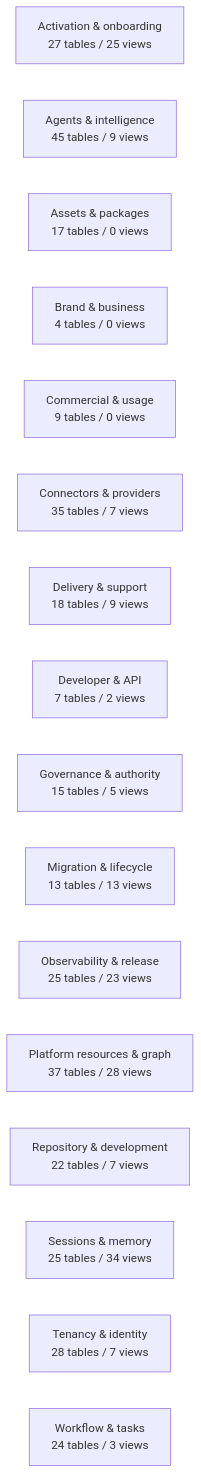
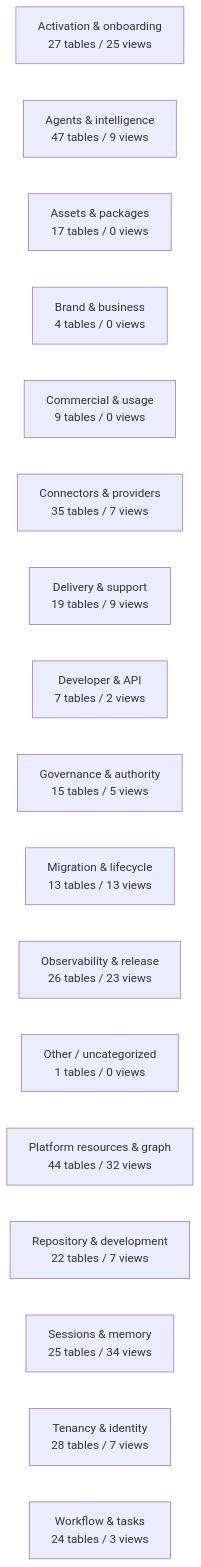
Before and after one commit to mad4bdigital-ai/multi-business-multi-role-growth-intelligence-os: the diagram in docs/work-maps/data-model-domain-map.md, drawn with Mermaid. The commit also changed other lines of this file and 20 other files, not shown here.

````diff
--- a/docs/work-maps/data-model-domain-map.md
+++ b/docs/work-maps/data-model-domain-map.md
@@ -9,19 +9,20 @@
 ```mermaid
 flowchart LR
   n_Activation___onboarding["Activation & onboarding<br/>27 tables / 25 views"]
-  n_Agents___intelligence["Agents & intelligence<br/>45 tables / 9 views"]
+  n_Agents___intelligence["Agents & intelligence<br/>47 tables / 9 views"]
   n_Assets___packages["Assets & packages<br/>17 tables / 0 views"]
   n_Brand___business["Brand & business<br/>4 tables / 0 views"]
   n_Commercial___usage["Commercial & usage<br/>9 tables / 0 views"]
   n_Connectors___providers["Connectors & providers<br/>35 tables / 7 views"]
-  n_Delivery___support["Delivery & support<br/>18 tables / 9 views"]
+  n_Delivery___support["Delivery & support<br/>19 tables / 9 views"]
   n_Developer___API["Developer & API<br/>7 tables / 2 views"]
   n_Governance___authority["Governance & authority<br/>15 tables / 5 views"]
   n_Migration___lifecycle["Migration & lifecycle<br/>13 tables / 13 views"]
-  n_Observability___release["Observability & release<br/>25 tables / 23 views"]
-  n_Platform_resources___graph["Platform resources & graph<br/>37 tables / 28 views"]
+  n_Observability___release["Observability & release<br/>26 tables / 23 views"]
+  n_Other___uncategorized["Other / uncategorized<br/>1 tables / 0 views"]
+  n_Platform_resources___graph["Platform resources & graph<br/>44 tables / 32 views"]
   n_Repository___development["Repository & development<br/>22 tables / 7 views"]
   n_Sessions___memory["Sessions & memory<br/>25 tables / 34 views"]
   n_Tenancy___identity["Tenancy & identity<br/>28 tables / 7 views"]
   n_Workflow___tasks["Workflow & tasks<br/>24 tables / 3 views"]
 ```
````
